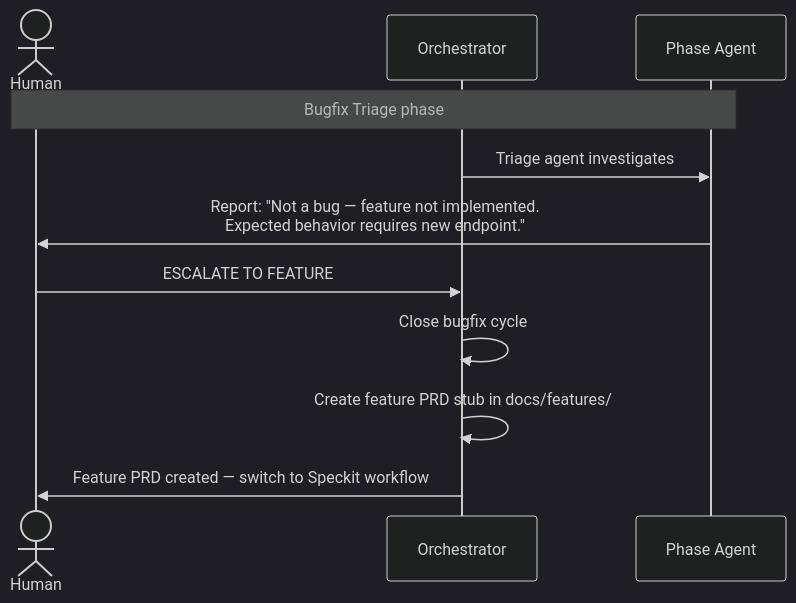
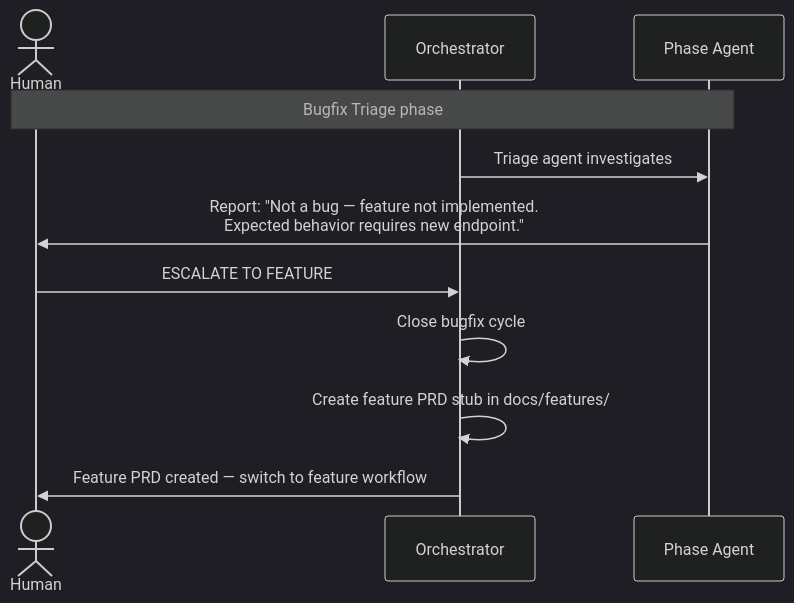
Before and after one commit to baodq97/open-plugin: the fourth of 4 diagrams in plugins/vbounce/skills/vbounce/references/workflows-bugfix-track.md, drawn with Mermaid (dark theme). The commit also changed other lines of this file and 18 other files, not shown here.

````diff
--- a/plugins/vbounce/skills/vbounce/references/workflows-bugfix-track.md
+++ b/plugins/vbounce/skills/vbounce/references/workflows-bugfix-track.md
@@ -692,14 +692,14 @@
 ```mermaid
 sequenceDiagram
     actor H as Human
     participant O as Orchestrator
     participant A as Phase Agent
 
     Note over H,A: Bugfix Triage phase
     O->>A: Triage agent investigates
     A->>H: Report: "Not a bug — feature not implemented.<br/>Expected behavior requires new endpoint."
     H->>O: ESCALATE TO FEATURE
     O->>O: Close bugfix cycle
     O->>O: Create feature PRD stub in docs/features/
-    O->>H: Feature PRD created — switch to Speckit workflow
+    O->>H: Feature PRD created — switch to feature workflow
 ```
````
